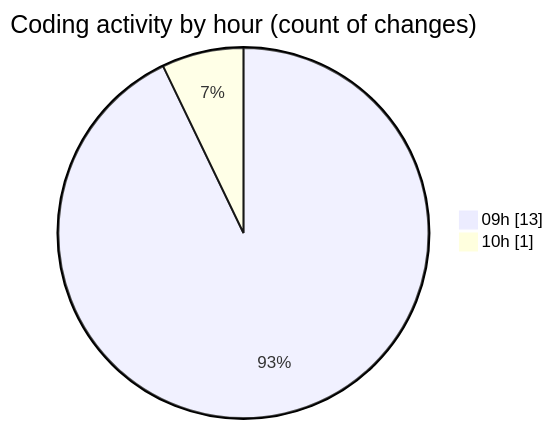
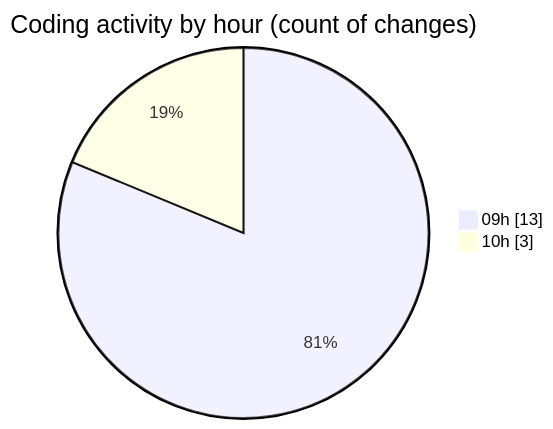
The second of 2 diagrams in 2025-09-22/cda/README.md (momahboobian/code-tracking), drawn with Mermaid before and after one commit. The commit also changed other lines of this file and 1 other file, not shown here.

````diff
--- a/2025-09-22/cda/README.md
+++ b/2025-09-22/cda/README.md
@@ -29,6 +31,6 @@
 ```mermaid
 pie showData
 title Coding activity by hour (count of changes)
 "09h" : 13
-"10h" : 1
+"10h" : 3
 ```
````
